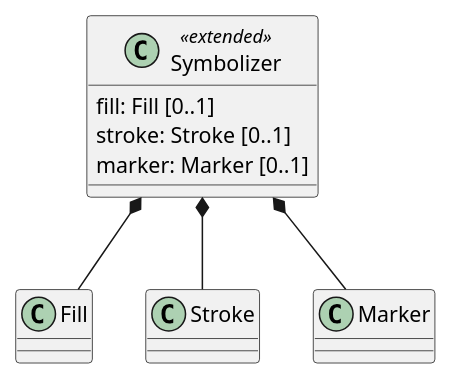
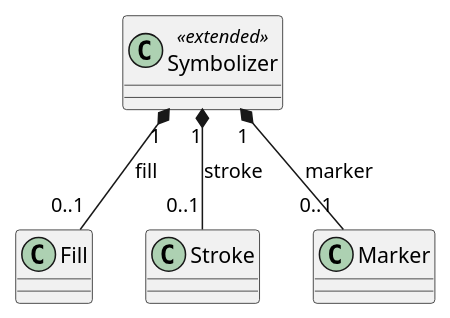
The first of 10 diagrams in 1-core/sections/clause_8_vector.adoc (opengeospatial/cartographic-symbology), drawn with PlantUML before and after one commit. The commit also changed other lines of this file and 2 other files, not shown here.

Commit message:
Vector, coverage and labeling UML: show the listed properties as associations only

```diff
--- a/1-core/sections/clause_8_vector.adoc
+++ b/1-core/sections/clause_8_vector.adoc
@@ -14,12 +14,9 @@
 [plantuml, target=diagram-classes, format=png]
 ....
 @startuml
 class Symbolizer <<extended>>
-Symbolizer : fill: Fill [0..1]
-Symbolizer : stroke: Stroke [0..1]
-Symbolizer : marker: Marker [0..1]
-Symbolizer *-- Fill
-Symbolizer *-- Stroke
-Symbolizer *-- Marker
+Symbolizer "1" *-- "0..1" Fill : fill
+Symbolizer "1" *-- "0..1" Stroke : stroke
+Symbolizer "1" *-- "0..1" Marker : marker
 @enduml
 ....
```
